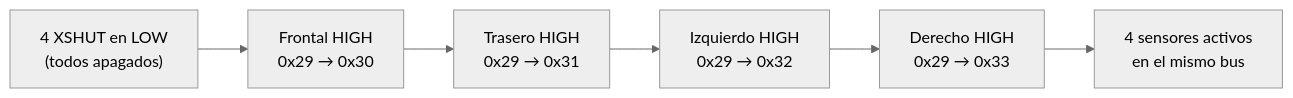
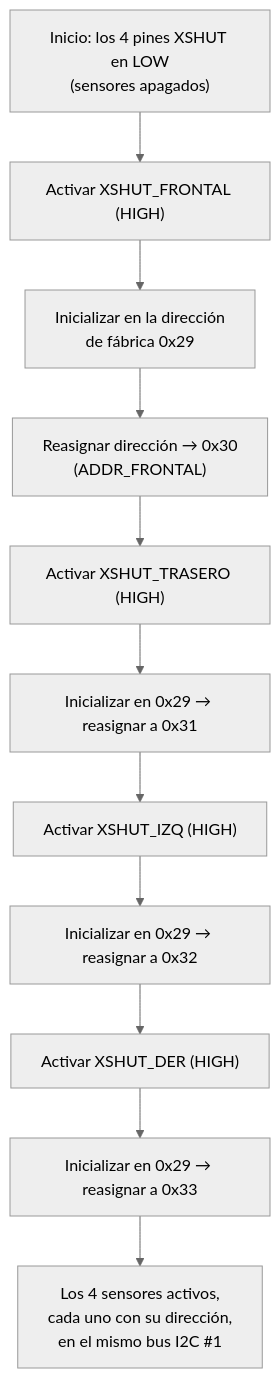
One commit to erchivox/Prometheus-Team-2026 changed the third of 7 diagrams in README.md. Above: the diagram before and after it, drawn with Mermaid (neutral theme). The commit also changed other lines of this file, not shown here.

First line of the commit message:
README: conserva 2026 completo con correcciones y condensa solo 2025

````diff
--- a/README.md
+++ b/README.md
@@ -293,8 +398,13 @@
 ```mermaid
-flowchart LR
-    A["4 XSHUT en LOW<br/>(todos apagados)"] --> B["Frontal HIGH<br/>0x29 → 0x30"]
-    B --> C["Trasero HIGH<br/>0x29 → 0x31"]
-    C --> D["Izquierdo HIGH<br/>0x29 → 0x32"]
-    D --> E["Derecho HIGH<br/>0x29 → 0x33"]
-    E --> F["4 sensores activos<br/>en el mismo bus"]
+flowchart TD
+    A["Inicio: los 4 pines XSHUT en LOW<br/>(sensores apagados)"] --> B["Activar XSHUT_FRONTAL (HIGH)"]
+    B --> C["Inicializar en la dirección<br/>de fábrica 0x29"]
+    C --> D["Reasignar dirección → 0x30<br/>(ADDR_FRONTAL)"]
+    D --> E["Activar XSHUT_TRASERO (HIGH)"]
+    E --> F["Inicializar en 0x29 → reasignar a 0x31"]
+    F --> G["Activar XSHUT_IZQ (HIGH)"]
+    G --> H["Inicializar en 0x29 → reasignar a 0x32"]
+    H --> I["Activar XSHUT_DER (HIGH)"]
+    I --> J["Inicializar en 0x29 → reasignar a 0x33"]
+    J --> K["Los 4 sensores activos,<br/>cada uno con su dirección,<br/>en el mismo bus I2C #1"]
 ```
````
